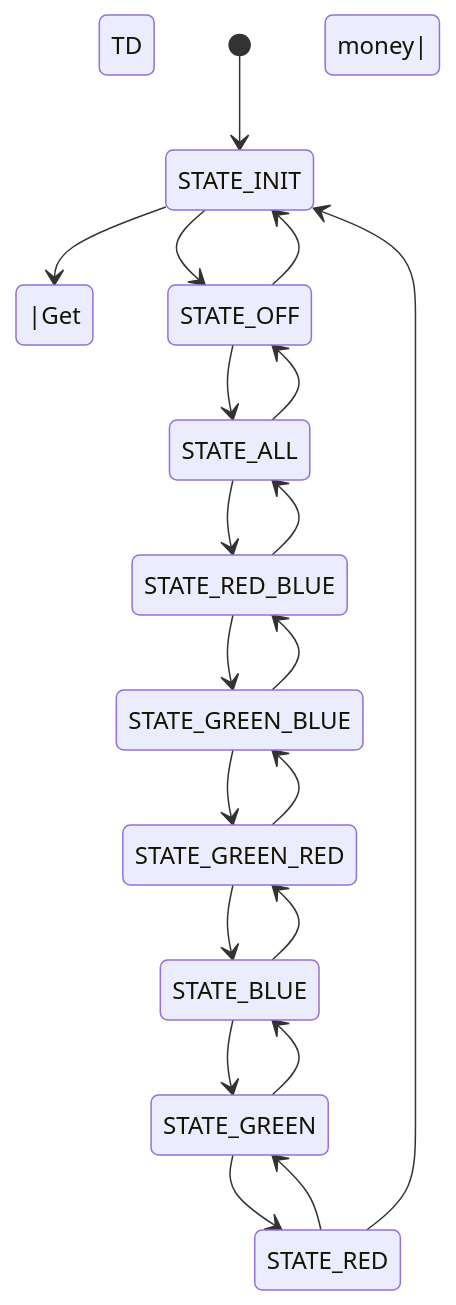
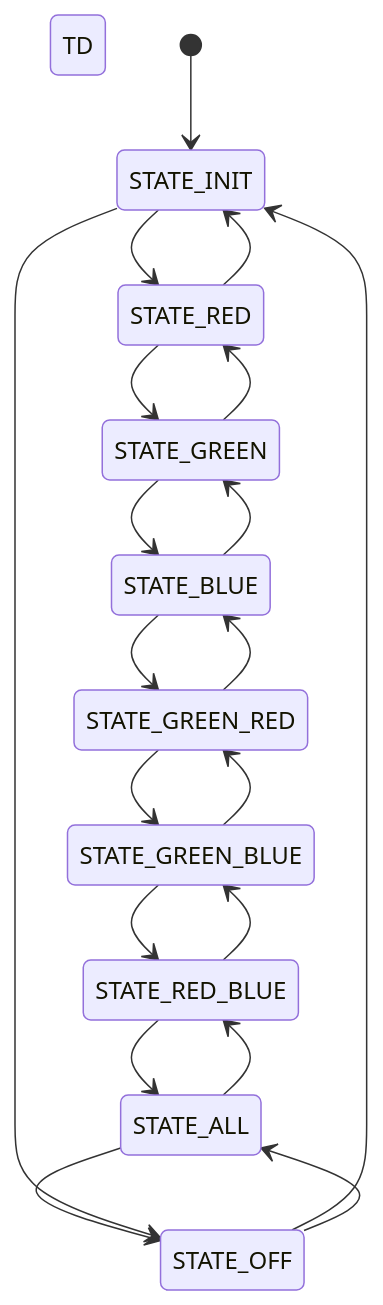
One commit to AngelMzno/iodraw-files changed the diagram in all/Mapa de Estado.md. Above: the diagram before and after it, drawn with Mermaid.

Commit message:
2024-09-03 19:51:23 update

````diff
--- a/all/Mapa de Estado.md
+++ b/all/Mapa de Estado.md
@@ -1,28 +1,28 @@
 ```mermaid
 stateDiagram-v2 TD
 [*]-->STATE_INIT
-STATE_INIT --> |Get money| STATE_RED
+STATE_INIT -->  STATE_RED
 STATE_RED --> STATE_GREEN
 STATE_GREEN-->STATE_BLUE
 STATE_BLUE -->STATE_GREEN_RED
 STATE_GREEN_RED -->STATE_GREEN_BLUE
 STATE_GREEN_BLUE-->STATE_RED_BLUE
 STATE_RED_BLUE-->STATE_ALL
 STATE_ALL-->STATE_OFF
 STATE_OFF-->STATE_INIT
 
 
 STATE_INIT --> STATE_OFF
 STATE_RED --> STATE_INIT
 STATE_GREEN-->STATE_RED
 STATE_BLUE -->STATE_GREEN
 STATE_GREEN_RED -->STATE_BLUE
 STATE_GREEN_BLUE-->STATE_GREEN_RED
 STATE_RED_BLUE-->STATE_GREEN_BLUE
 STATE_ALL-->STATE_RED_BLUE
 STATE_OFF-->STATE_ALL
 
 
 
 
 ```
````
